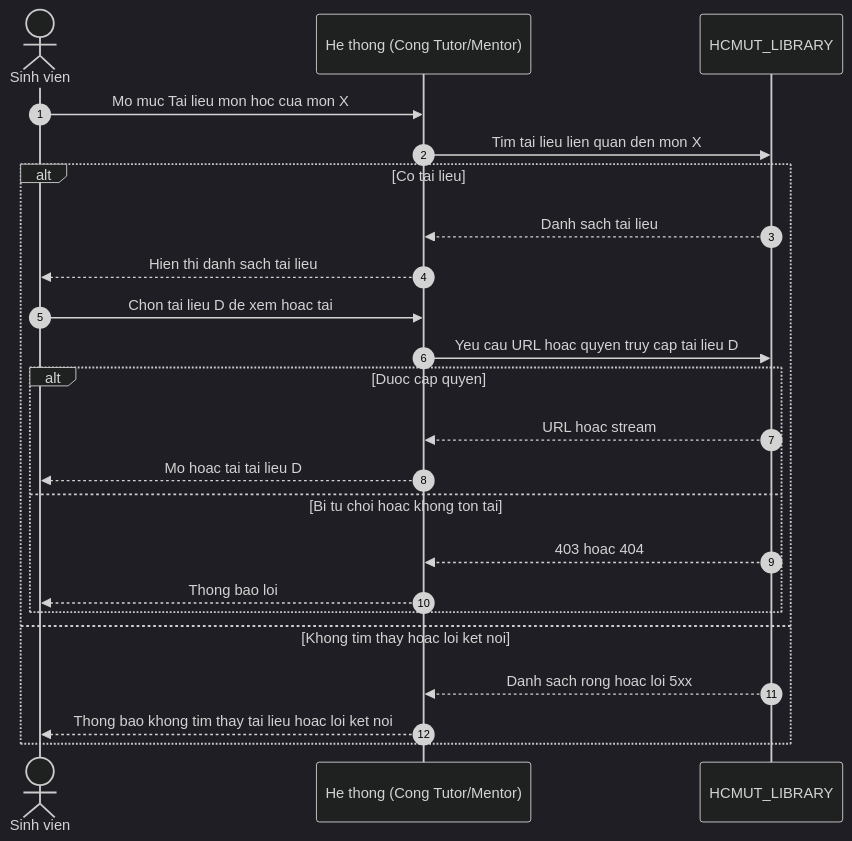
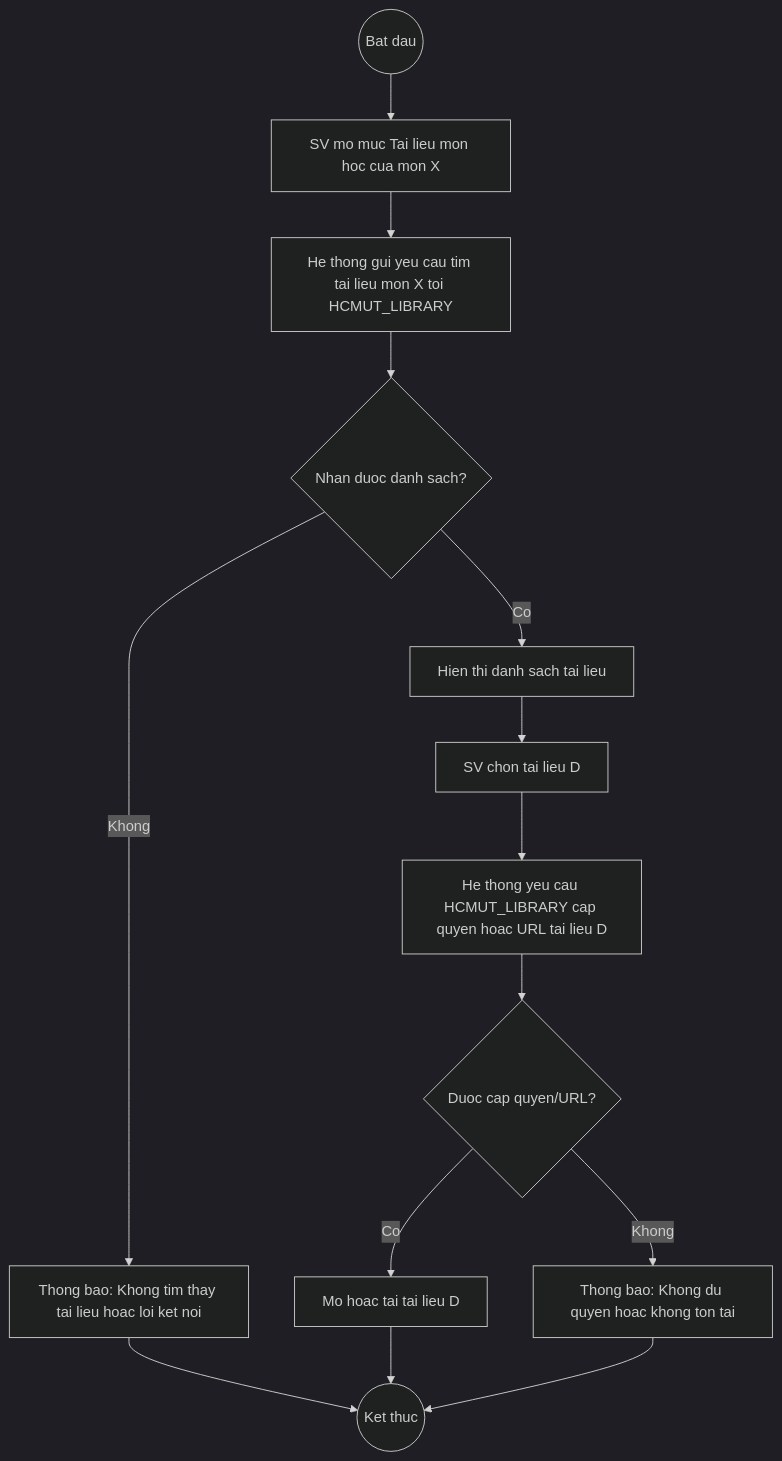
The second of 2 diagrams in CPNM_test.md (bqlam18/a), drawn with Mermaid (dark theme) before and after one commit. The commit also changed other lines of this file, not shown here.

````diff
--- a/CPNM_test.md
+++ b/CPNM_test.md
@@ -7,27 +33,21 @@
 ```mermaid
-sequenceDiagram
-  autonumber
-  actor SV as Sinh vien
-  participant SYS as He thong (Cong Tutor/Mentor)
-  participant LIB as HCMUT_LIBRARY
+flowchart TD
+  A(("Bat dau"))
+  B[SV mo muc Tai lieu mon hoc cua mon X]
+  C[He thong gui yeu cau tim tai lieu mon X toi HCMUT_LIBRARY]
+  D{Nhan duoc danh sach?}
+  E[Hien thi danh sach tai lieu]
+  F[SV chon tai lieu D]
+  G[He thong yeu cau HCMUT_LIBRARY cap quyen hoac URL tai lieu D]
+  H{Duoc cap quyen/URL?}
+  I[Mo hoac tai tai lieu D]
+  J[Thong bao: Khong du quyen hoac khong ton tai]
+  K[Thong bao: Khong tim thay tai lieu hoac loi ket noi]
+  Z(("Ket thuc"))
 
-  SV->>SYS: Mo muc Tai lieu mon hoc cua mon X
-  SYS->>LIB: Tim tai lieu lien quan den mon X
-
-  alt Co tai lieu
-    LIB-->>SYS: Danh sach tai lieu
-    SYS-->>SV: Hien thi danh sach tai lieu
-    SV->>SYS: Chon tai lieu D de xem hoac tai
-    SYS->>LIB: Yeu cau URL hoac quyen truy cap tai lieu D
-    alt Duoc cap quyen
-      LIB-->>SYS: URL hoac stream
-      SYS-->>SV: Mo hoac tai tai lieu D
-    else Bi tu choi hoac khong ton tai
-      LIB-->>SYS: 403 hoac 404
-      SYS-->>SV: Thong bao loi
-    end
-  else Khong tim thay hoac loi ket noi
-    LIB-->>SYS: Danh sach rong hoac loi 5xx
-    SYS-->>SV: Thong bao khong tim thay tai lieu hoac loi ket noi
-  end
+  A --> B --> C --> D
+  D -->|Co| E --> F --> G --> H
+  D -->|Khong| K --> Z
+  H -->|Co| I --> Z
+  H -->|Khong| J --> Z
 ```
````
